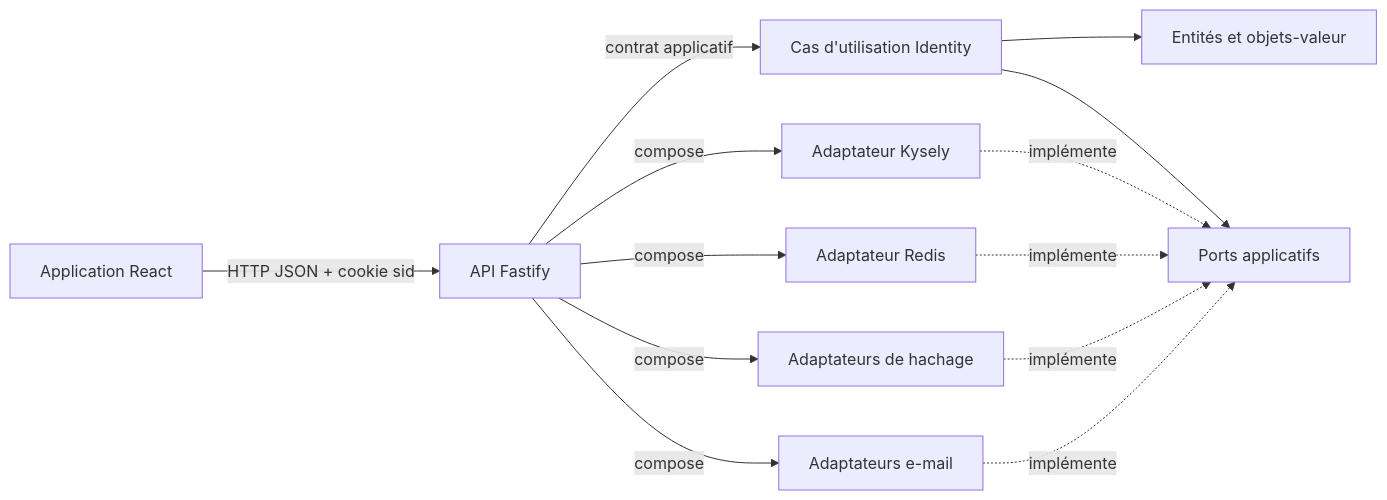
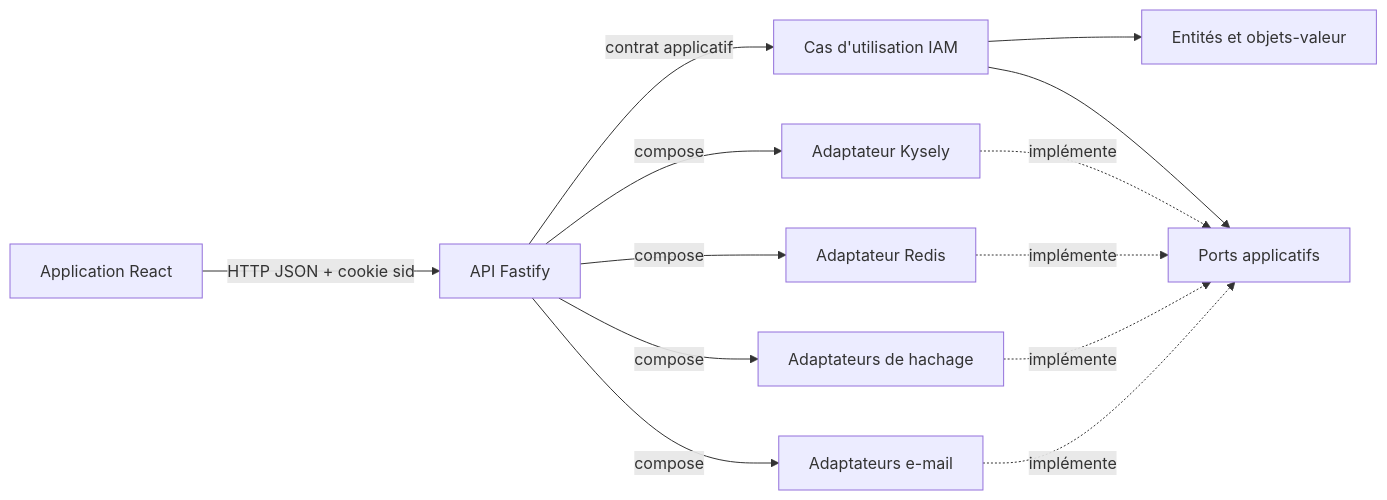
One commit to Oxelio/architecture-web changed the diagram in docs/fr/architecture/overview.md. Above: the diagram before and after it, drawn with Mermaid. The commit also changed other lines of this file and 506 other files, not shown here.

````diff
--- a/docs/fr/architecture/overview.md
+++ b/docs/fr/architecture/overview.md
@@ -40,15 +50,15 @@
 ```mermaid
 flowchart LR
     Browser[Application React] -->|HTTP JSON + cookie sid| API[API Fastify]
-    API -->|contrat applicatif| UC[Cas d'utilisation Identity]
+    API -->|contrat applicatif| UC[Cas d'utilisation IAM]
     UC --> Domain[Entités et objets-valeur]
     UC --> Ports[Ports applicatifs]
     Kysely[Adaptateur Kysely] -. implémente .-> Ports
     Redis[Adaptateur Redis] -. implémente .-> Ports
     Crypto[Adaptateurs de hachage] -. implémente .-> Ports
     Mail[Adaptateurs e-mail] -. implémente .-> Ports
     API -->|compose| Kysely
     API -->|compose| Redis
     API -->|compose| Crypto
     API -->|compose| Mail
 ```
````
